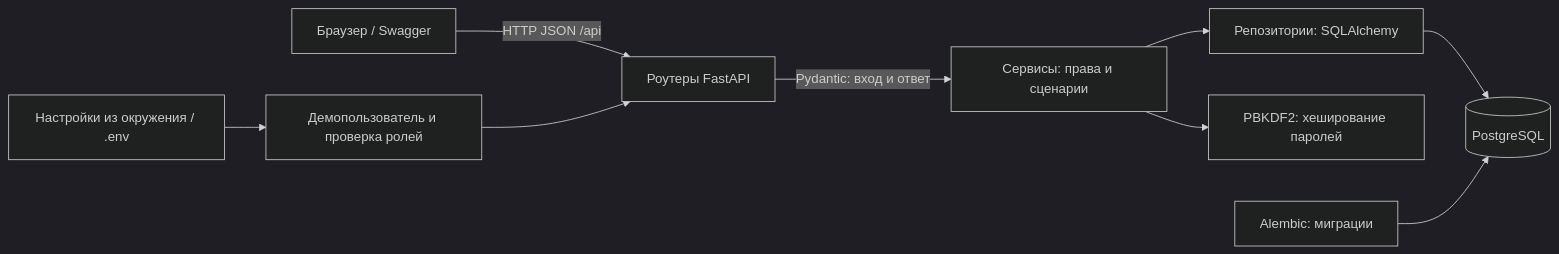
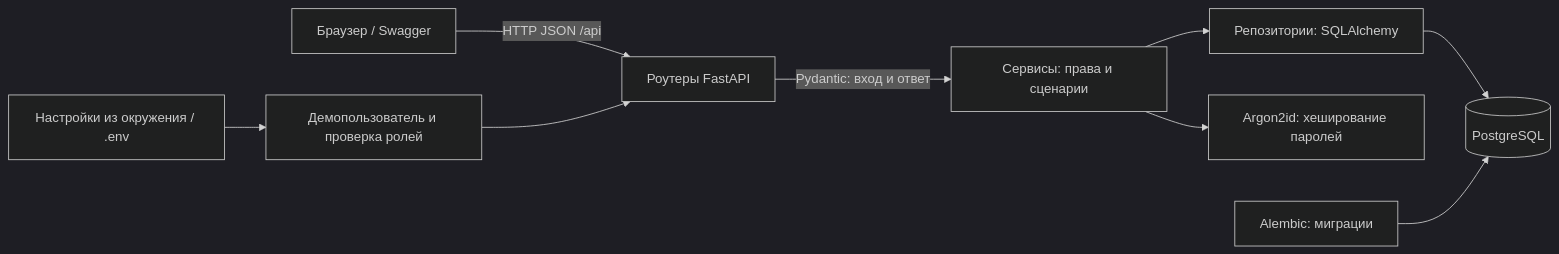
Before and after one commit to svetlanashegay-commits/Delul: the diagram in docs/architecture.md, drawn with Mermaid (dark theme). The commit also changed other lines of this file and 4 other files, not shown here.

Commit message:
Document lesson nine architecture and verification

````diff
--- a/docs/architecture.md
+++ b/docs/architecture.md
@@ -5,11 +5,11 @@
 ```mermaid
 flowchart LR
     B["Браузер / Swagger"] -->|"HTTP JSON /api"| R["Роутеры FastAPI"]
     R -->|"Pydantic: вход и ответ"| S["Сервисы: права и сценарии"]
     S --> Q["Репозитории: SQLAlchemy"]
     Q --> D[("PostgreSQL")]
     E["Настройки из окружения / .env"] --> I["Демопользователь и проверка ролей"]
     I --> R
-    S --> H["PBKDF2: хеширование паролей"]
+    S --> H["Argon2id: хеширование паролей"]
     M["Alembic: миграции"] --> D
 ```
````
